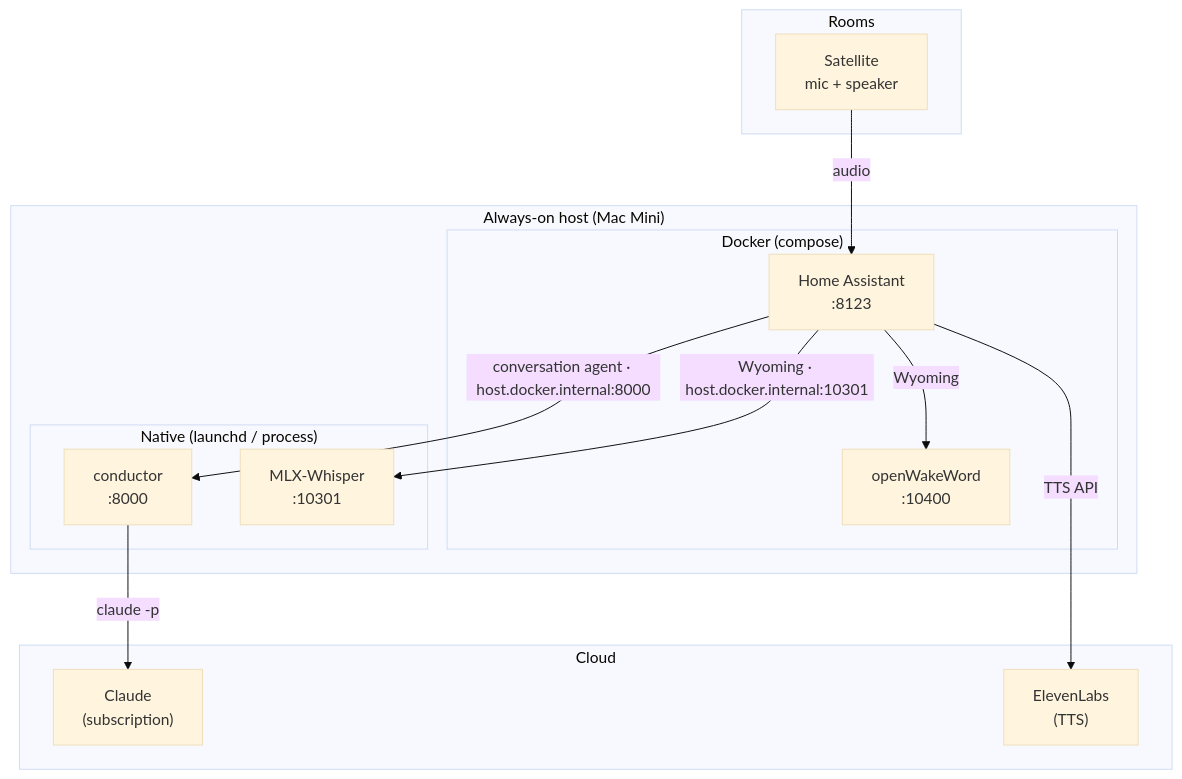
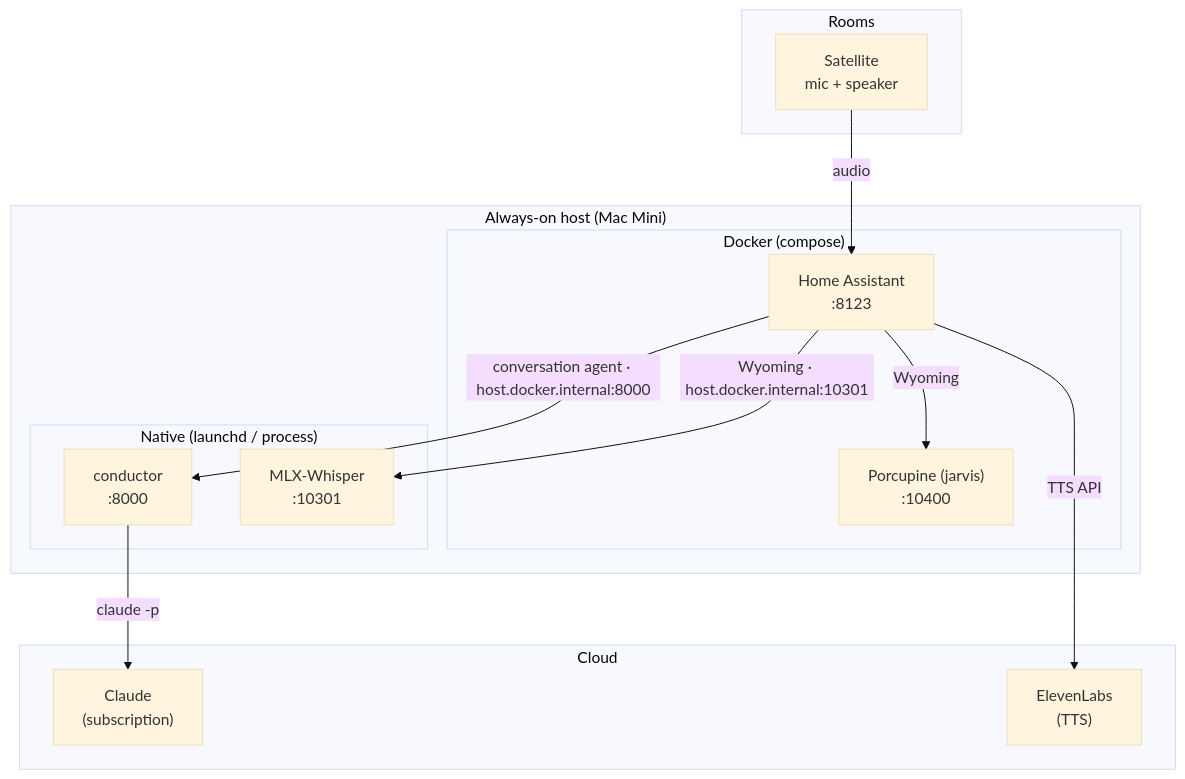
The fifth of 5 diagrams in docs/architecture.md (alexdalgleishmorel/jarvis), drawn with Mermaid (base theme) before and after one commit. The commit also changed other lines of this file and 5 other files, not shown here.

First line of the commit message:
Change wake word to "jarvis" (Porcupine) (#73)

````diff
--- a/docs/architecture.md
+++ b/docs/architecture.md
@@ -289,29 +289,29 @@
 ```mermaid
 flowchart TB
   subgraph room["Rooms"]
     sat["Satellite<br/>mic + speaker"]
   end
 
   subgraph host["Always-on host (Mac Mini)"]
     subgraph dock["Docker (compose)"]
       ha["Home Assistant<br/>:8123"]
-      oww["openWakeWord<br/>:10400"]
+      oww["Porcupine (jarvis)<br/>:10400"]
     end
     subgraph nat["Native (launchd / process)"]
       cond["conductor<br/>:8000"]
       mlx["MLX-Whisper<br/>:10301"]
     end
   end
 
   subgraph cloud["Cloud"]
     claude["Claude<br/>(subscription)"]
     eleven["ElevenLabs<br/>(TTS)"]
   end
 
   sat -->|audio| ha
   ha -->|Wyoming| oww
   ha -->|"Wyoming · host.docker.internal:10301"| mlx
   ha -->|"conversation agent · host.docker.internal:8000"| cond
   ha -->|TTS API| eleven
   cond -->|"claude -p"| claude
 ```
````
